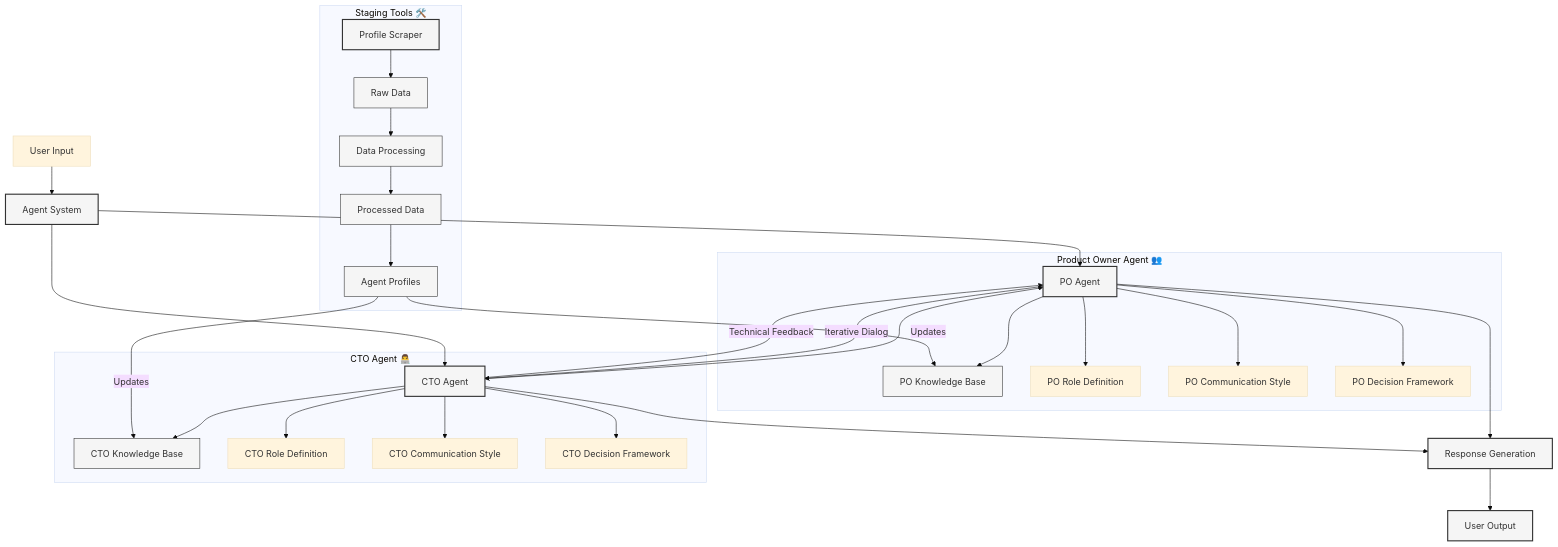
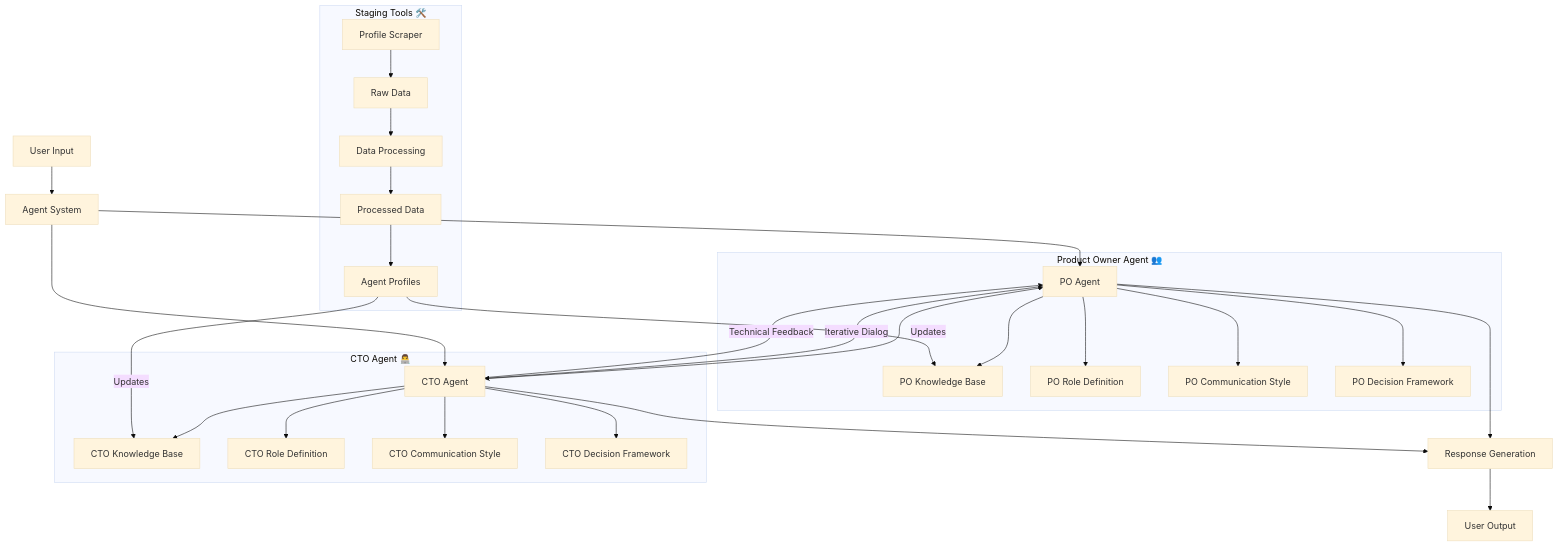
Before and after one commit to p5150j/agent-swarm: the diagram in README.md, drawn with Mermaid (base theme).

Commit message:
docs: remove all color styling from system architecture diagram (monochrome)

````diff
--- a/README.md
+++ b/README.md
@@ -20,53 +20,40 @@
 ```mermaid
 graph TD
     A[User Input] --> B[Agent System]
 
     subgraph "Product Owner Agent 👥"
         C[PO Agent] --> C1[PO Knowledge Base]
         C --> C2[PO Role Definition]
         C --> C3[PO Communication Style]
         C --> C4[PO Decision Framework]
     end
 
     subgraph "CTO Agent 👨‍💻"
         D[CTO Agent] --> D1[CTO Knowledge Base]
         D --> D2[CTO Role Definition]
         D --> D3[CTO Communication Style]
         D --> D4[CTO Decision Framework]
     end
 
     B --> C
     B --> D
 
     %% Agent Interactions
     C <--> D
     C -->|Iterative Dialog| D
     D -->|Technical Feedback| C
 
     %% Output Generation
     C --> E[Response Generation]
     D --> E
     E --> F[User Output]
 
     subgraph "Staging Tools 🛠️"
         G[Profile Scraper] --> H[Raw Data]
         H --> I[Data Processing]
         I --> J[Processed Data]
         J --> K[Agent Profiles]
         K -->|Updates| C1
         K -->|Updates| D1
     end
-
-    style C fill:#f5f5f5,stroke:#333,stroke-width:2px
-    style D fill:#f5f5f5,stroke:#333,stroke-width:2px
-    style C1 fill:#f5f5f5,stroke:#333,stroke-width:1px
-    style D1 fill:#f5f5f5,stroke:#333,stroke-width:1px
-    style B fill:#f5f5f5,stroke:#333,stroke-width:2px
-    style E fill:#f5f5f5,stroke:#333,stroke-width:2px
-    style F fill:#f5f5f5,stroke:#333,stroke-width:2px
-    style G fill:#f5f5f5,stroke:#333,stroke-width:2px
-    style H fill:#f5f5f5,stroke:#333,stroke-width:1px
-    style I fill:#f5f5f5,stroke:#333,stroke-width:1px
-    style J fill:#f5f5f5,stroke:#333,stroke-width:1px
-    style K fill:#f5f5f5,stroke:#333,stroke-width:1px
 ```
````
